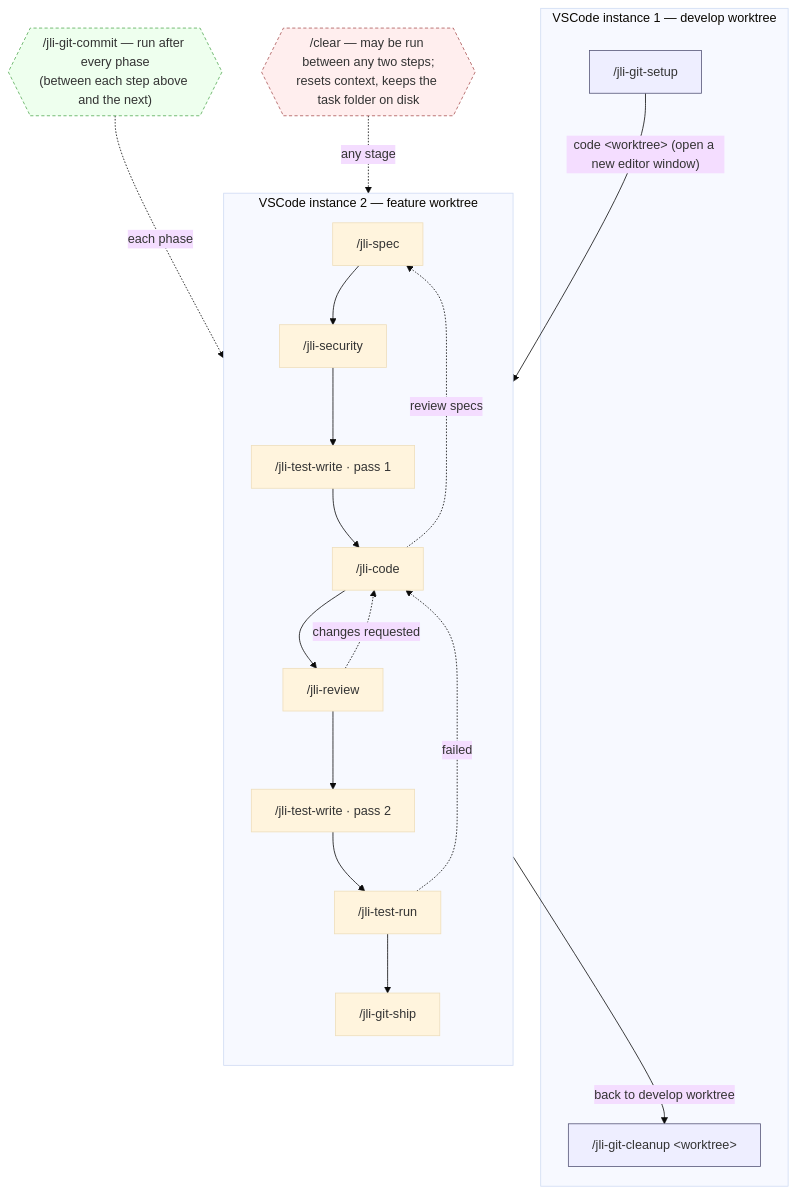
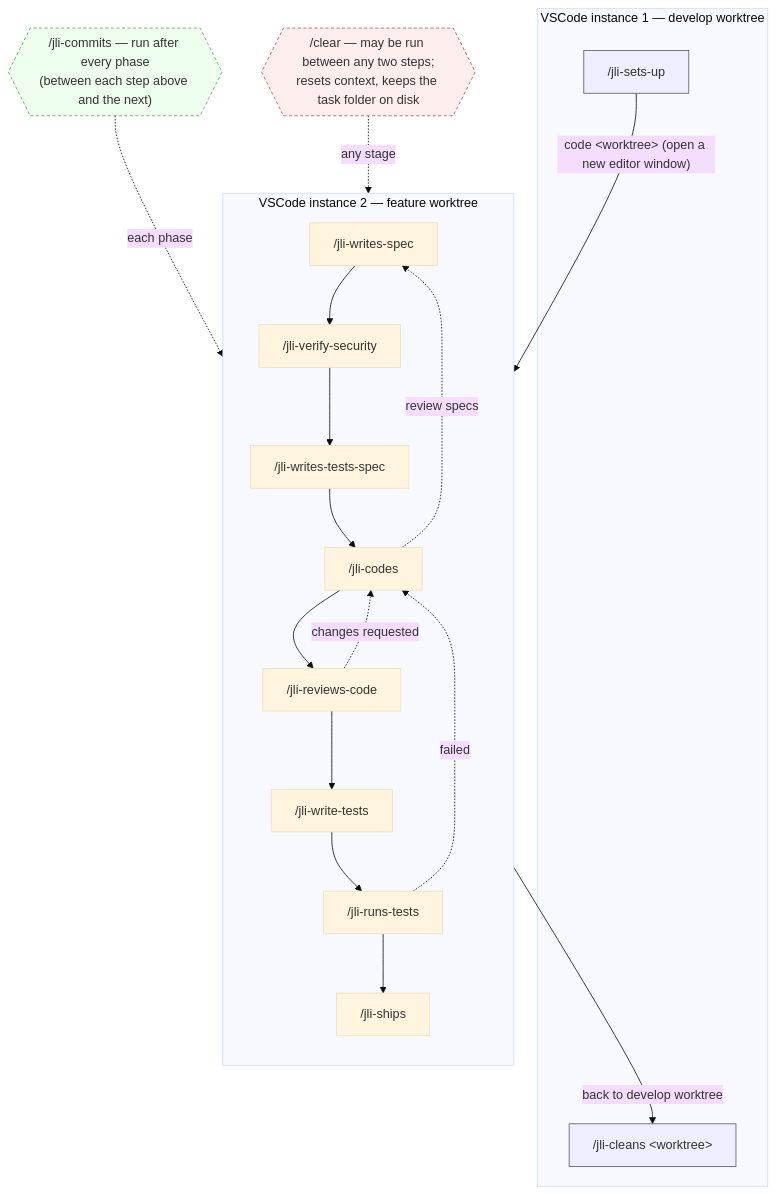
Before and after one commit to JeremieLitzler/SocialMediaPublisherApp: the diagram in AGENT-COMMAND-MIGRATION.md, drawn with Mermaid (base theme). The commit also changed other lines of this file and 14 other files, not shown here.

````diff
--- a/AGENT-COMMAND-MIGRATION.md
+++ b/AGENT-COMMAND-MIGRATION.md
@@ -69,38 +70,38 @@
 ```mermaid
 flowchart TD
     subgraph INST1["VSCode instance 1 — develop worktree"]
-        setup["/jli-git-setup"]
-        cleanup["/jli-git-cleanup &lt;worktree&gt;"]
+        setup["/jli-sets-up"]
+        cleanup["/jli-cleans &lt;worktree&gt;"]
     end
 
     subgraph INST2["VSCode instance 2 — feature worktree"]
         direction TB
-        spec["/jli-spec"] --> sec["/jli-security"]
-        sec --> tw1["/jli-test-write · pass 1"]
-        tw1 --> code["/jli-code"]
-        code --> review["/jli-review"]
-        review --> tw2["/jli-test-write · pass 2"]
-        tw2 --> trun["/jli-test-run"]
-        trun --> ship["/jli-git-ship"]
+        spec["/jli-writes-spec"] --> sec["/jli-verify-security"]
+        sec --> tw1["/jli-writes-tests-spec"]
+        tw1 --> code["/jli-codes"]
+        code --> review["/jli-reviews-code"]
+        review --> tw2["/jli-write-tests"]
+        tw2 --> trun["/jli-runs-tests"]
+        trun --> ship["/jli-ships"]
     end
 
     setup -->|"code &lt;worktree&gt; (open a new editor window)"| spec
     ship -->|"back to develop worktree"| cleanup
 
     review -. "changes requested" .-> code
     trun -. "failed" .-> code
     code -. "review specs" .-> spec
 
-    commit{{"/jli-git-commit — run after every phase<br/>(between each step above and the next)"}}
+    commit{{"/jli-commits — run after every phase<br/>(between each step above and the next)"}}
     commit -. "each phase" .-> INST2
 
     clear{{"/clear — may be run between any two steps;<br/>resets context, keeps the task folder on disk"}}
     clear -. "any stage" .-> INST2
 
     classDef editor fill:#eef,stroke:#557,stroke-width:1px;
     classDef note fill:#efe,stroke:#5a5,stroke-width:1px,stroke-dasharray:4 3;
     classDef reset fill:#fee,stroke:#a55,stroke-width:1px,stroke-dasharray:4 3;
     class setup,cleanup editor;
     class commit note;
     class clear reset;
 ```
````
